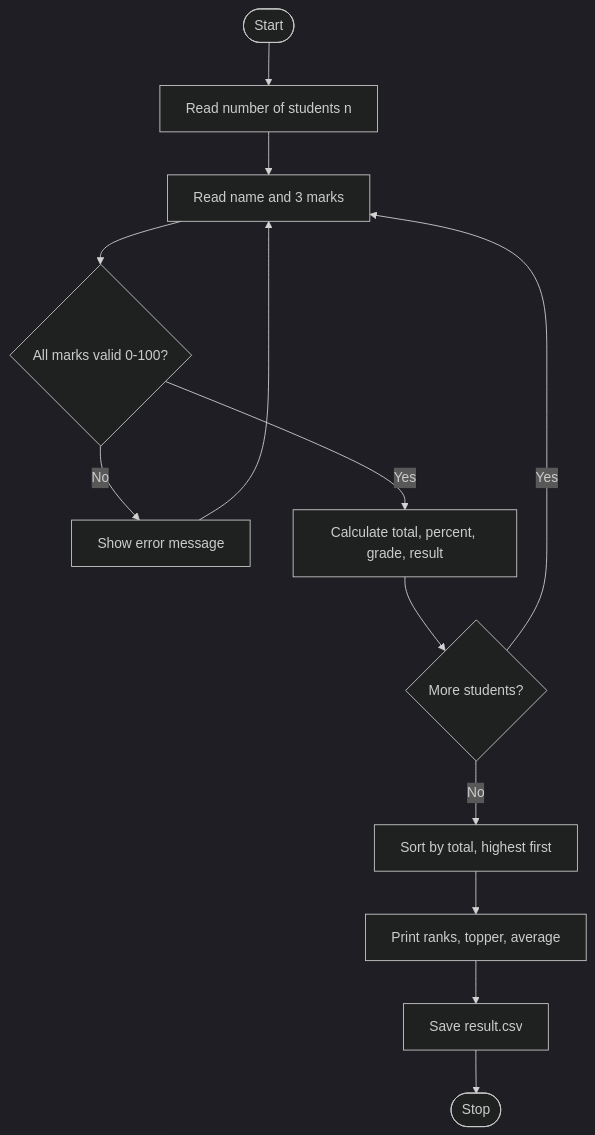
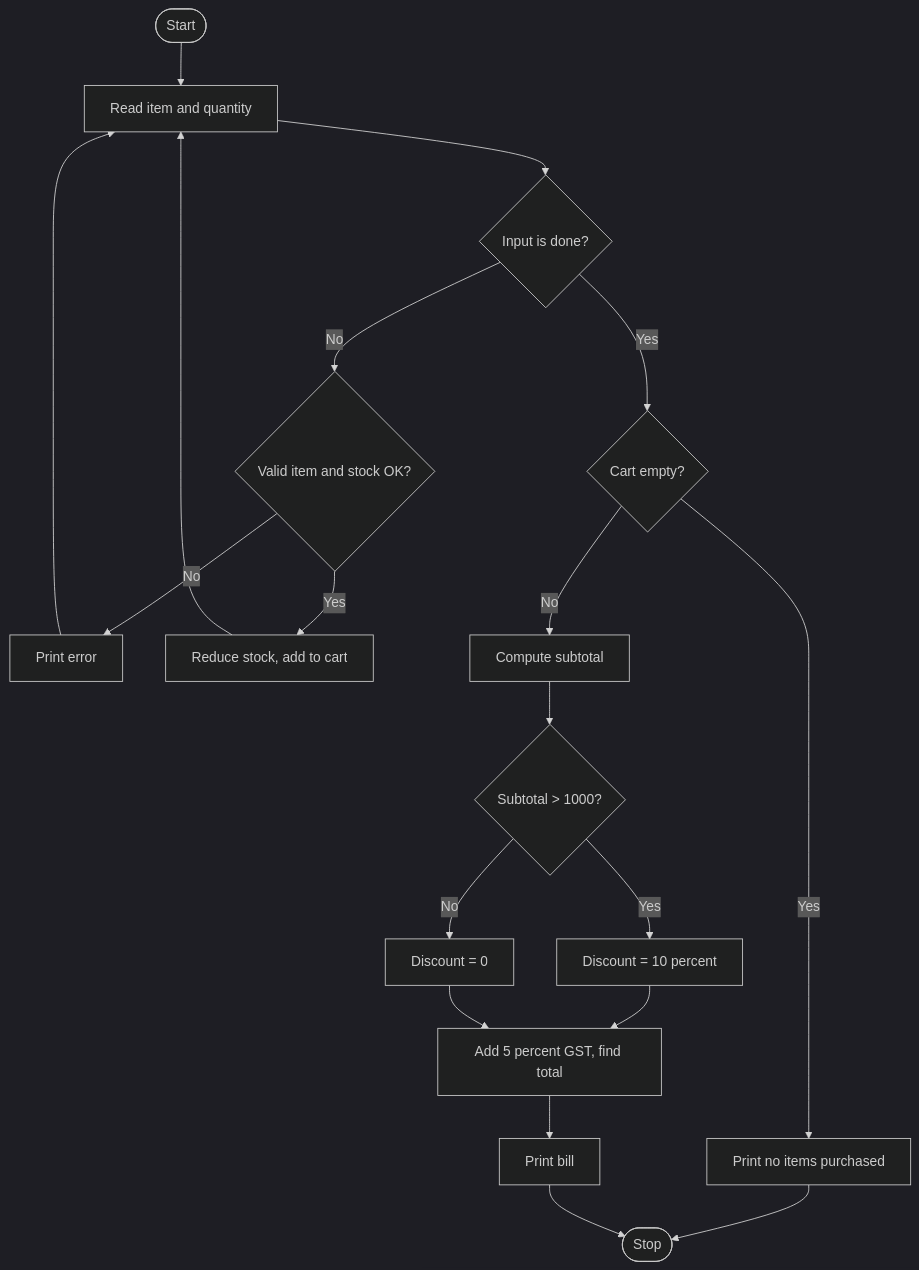
Before and after one commit to thevisionn/2026_27_cse4-264_python_programming: the diagram in README.md, drawn with Mermaid (dark theme). The commit also changed other lines of this file, not shown here.

````diff
--- a/README.md
+++ b/README.md
@@ -54,15 +59,21 @@
 ```mermaid
 flowchart TD
-A(["Start"]) --> B["Read number of students n"]
-B --> C["Read name and 3 marks"]
-C --> D{"All marks valid 0-100?"}
-D -->|No| E["Show error message"]
-E --> C
-D -->|Yes| F["Calculate total, percent, grade, result"]
-F --> G{"More students?"}
-G -->|Yes| C
-G -->|No| H["Sort by total, highest first"]
-H --> I["Print ranks, topper, average"]
-I --> J["Save result.csv"]
-J --> K(["Stop"])
+A(["Start"]) --> B["Read item and quantity"]
+B --> C{"Input is done?"}
+C -->|No| D{"Valid item and stock OK?"}
+D -->|No| E["Print error"]
+E --> B
+D -->|Yes| F["Reduce stock, add to cart"]
+F --> B
+C -->|Yes| G{"Cart empty?"}
+G -->|Yes| H["Print no items purchased"]
+G -->|No| I["Compute subtotal"]
+I --> J{"Subtotal > 1000?"}
+J -->|Yes| K["Discount = 10 percent"]
+J -->|No| L["Discount = 0"]
+K --> M["Add 5 percent GST, find total"]
+L --> M
+M --> N["Print bill"]
+H --> O(["Stop"])
+N --> O
 ```
````
